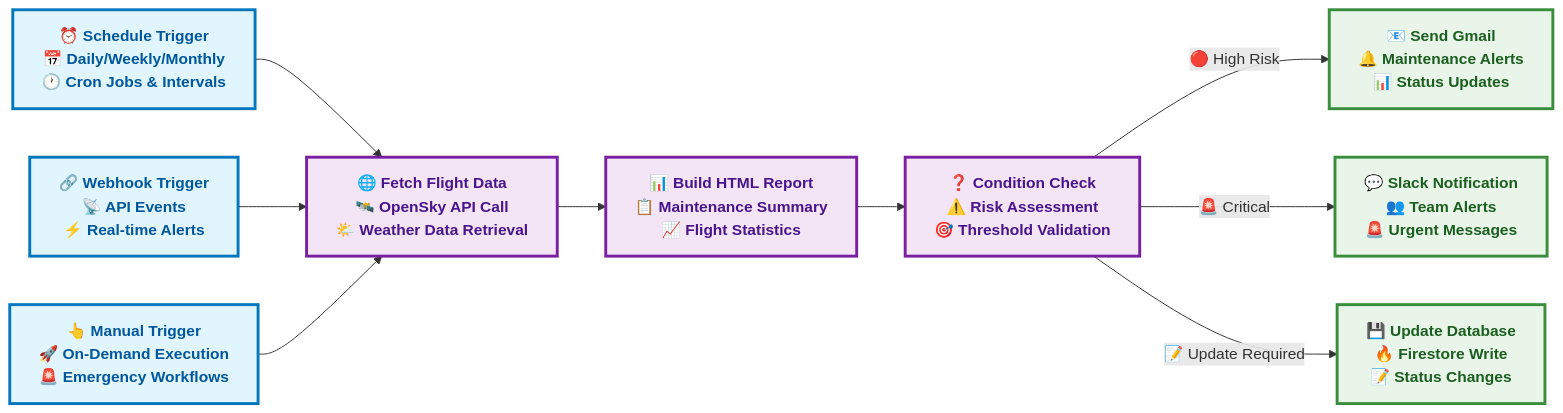
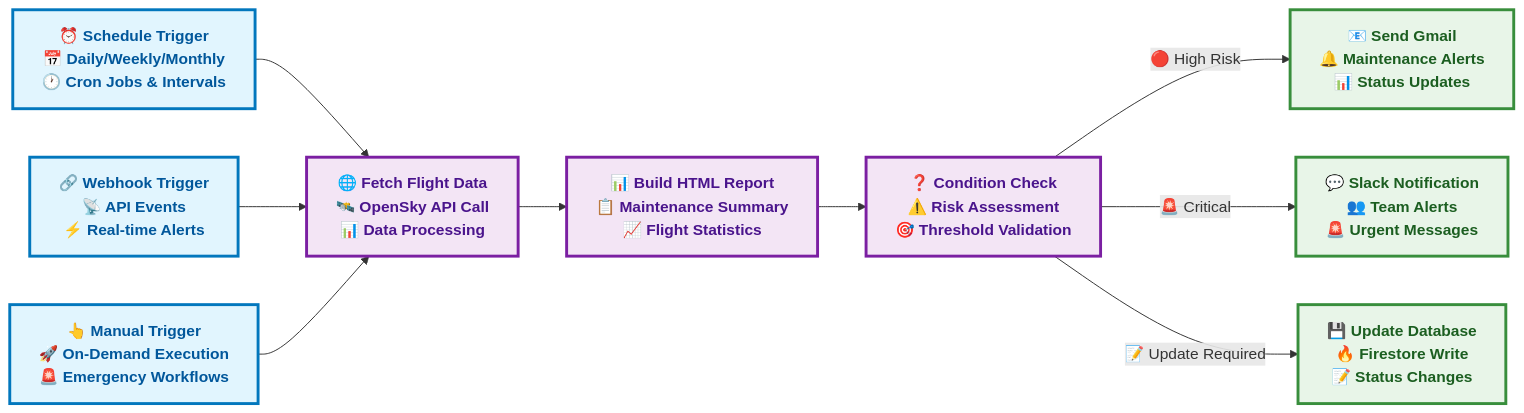
Before and after one commit to Hetpatel01021111/MTC_AeroTrackAI: the second of 9 diagrams in README.md, drawn with Mermaid. The commit also changed other lines of this file, not shown here.

First line of the commit message:
🗑️ Removed Weather APIs: Clean Architecture Focus

````diff
--- a/README.md
+++ b/README.md
@@ -163,41 +161,41 @@
 ```mermaid
 %% ===============================================
 %% n8n Workflow Automation for AeroTrack AI
 %% ===============================================
 graph LR
     %% n8n Workflow Triggers
     SCHEDULE["⏰ Schedule Trigger<br/>📅 Daily/Weekly/Monthly<br/>🕐 Cron Jobs & Intervals"]
     WEBHOOK["🔗 Webhook Trigger<br/>📡 API Events<br/>⚡ Real-time Alerts"]
     MANUAL_TRIGGER["👆 Manual Trigger<br/>🚀 On-Demand Execution<br/>🚨 Emergency Workflows"]
     
     %% n8n Processing Nodes
-    FETCH_DATA["🌐 Fetch Flight Data<br/>🛰️ OpenSky API Call<br/>🌤️ Weather Data Retrieval"]
+    FETCH_DATA["🌐 Fetch Flight Data<br/>🛰️ OpenSky API Call<br/>📊 Data Processing"]
     BUILD_REPORT["📊 Build HTML Report<br/>📋 Maintenance Summary<br/>📈 Flight Statistics"]
     CONDITION["❓ Condition Check<br/>⚠️ Risk Assessment<br/>🎯 Threshold Validation"]
     
     %% n8n Output Actions
     SEND_EMAIL["📧 Send Gmail<br/>🔔 Maintenance Alerts<br/>📊 Status Updates"]
     SLACK_NOTIFY["💬 Slack Notification<br/>👥 Team Alerts<br/>🚨 Urgent Messages"]
     UPDATE_DB["💾 Update Database<br/>🔥 Firestore Write<br/>📝 Status Changes"]
     
     %% Workflow Connections
     SCHEDULE --> FETCH_DATA
     WEBHOOK --> FETCH_DATA
     MANUAL_TRIGGER --> FETCH_DATA
     
     FETCH_DATA --> BUILD_REPORT
     BUILD_REPORT --> CONDITION
     
     CONDITION -->|🔴 High Risk| SEND_EMAIL
     CONDITION -->|🚨 Critical| SLACK_NOTIFY
     CONDITION -->|📝 Update Required| UPDATE_DB
     
     %% Styling
     classDef trigger fill:#E1F5FE,stroke:#0277BD,stroke-width:3px,color:#01579B,font-weight:bold
     classDef process fill:#F3E5F5,stroke:#7B1FA2,stroke-width:3px,color:#4A148C,font-weight:bold
     classDef output fill:#E8F5E8,stroke:#388E3C,stroke-width:3px,color:#1B5E20,font-weight:bold
     
     class SCHEDULE,WEBHOOK,MANUAL_TRIGGER trigger
     class FETCH_DATA,BUILD_REPORT,CONDITION process
     class SEND_EMAIL,SLACK_NOTIFY,UPDATE_DB output
 ```
````
